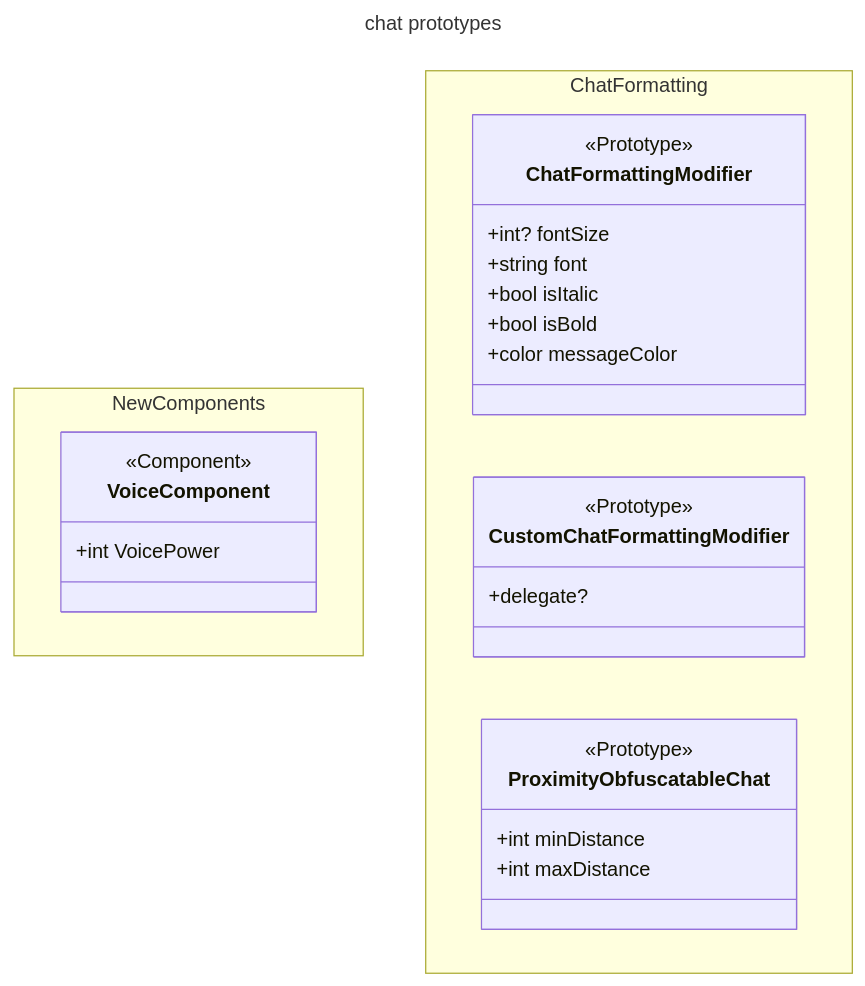
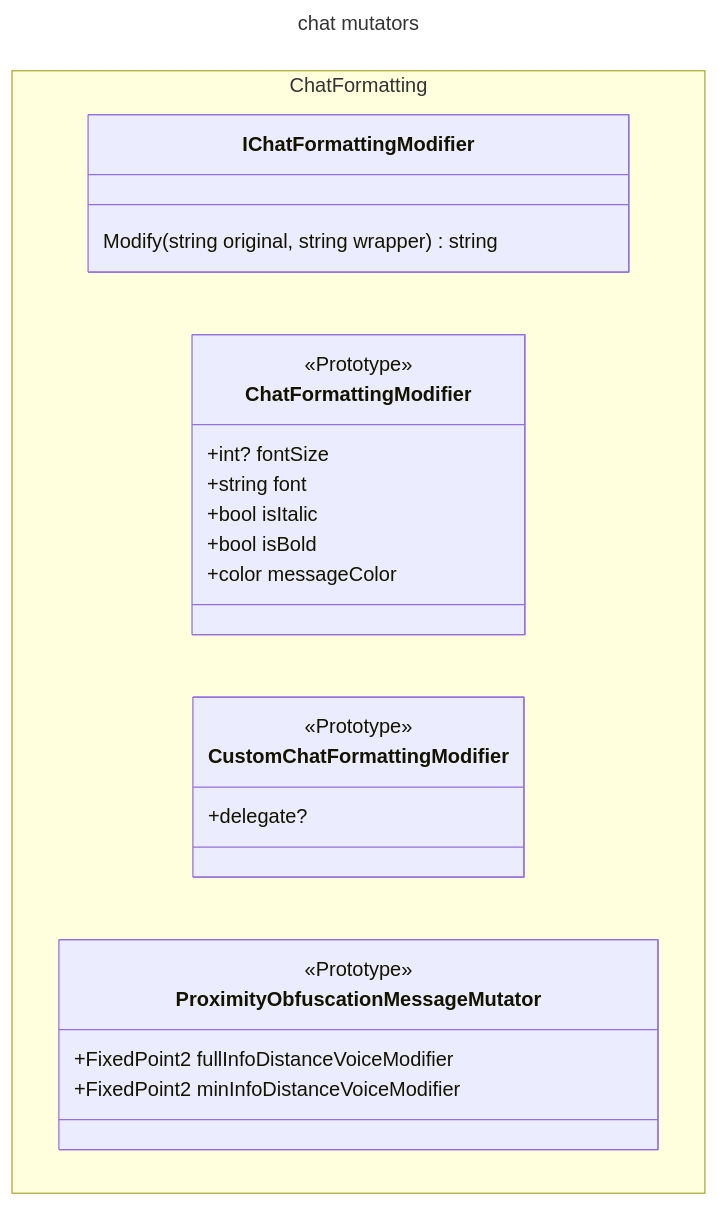
The fourth of 5 diagrams in src/en/space-station-14/chat.md (space-wizards/docs), drawn with Mermaid before and after one commit. The commit also changed other lines of this file, not shown here.

`````diff
--- a/src/en/space-station-14/chat.md
+++ b/src/en/space-station-14/chat.md
@@ -191,32 +295,29 @@
 ```mermaid
 ---
-title: chat prototypes
+title: chat mutators
 ---
 classDiagram
-	namespace NewComponents{
-		class VoiceComponent{
-			<<Component>>
-			+int VoicePower
+	namespace ChatFormatting{
+		class IChatFormattingModifier{
+			Modify(string original, string wrapper) string
 		}
-	}
-	namespace ChatFormatting{
 		class ChatFormattingModifier{
 			<<Prototype>>
 			+int? fontSize
 			+string font
 			+bool isItalic
 			+bool isBold
 			+color messageColor
 		}
 		class CustomChatFormattingModifier{
 			<<Prototype>>
 			+delegate?
 		}
-		class ProximityObfuscatableChat{
+		class ProximityObfuscationMessageMutator{
 			<<Prototype>>
-			+int minDistance
-			+int maxDistance
+			+FixedPoint2 fullInfoDistanceVoiceModifier
+			+FixedPoint2 minInfoDistanceVoiceModifier
 		}
 	}
 	
-````
+```
`````
